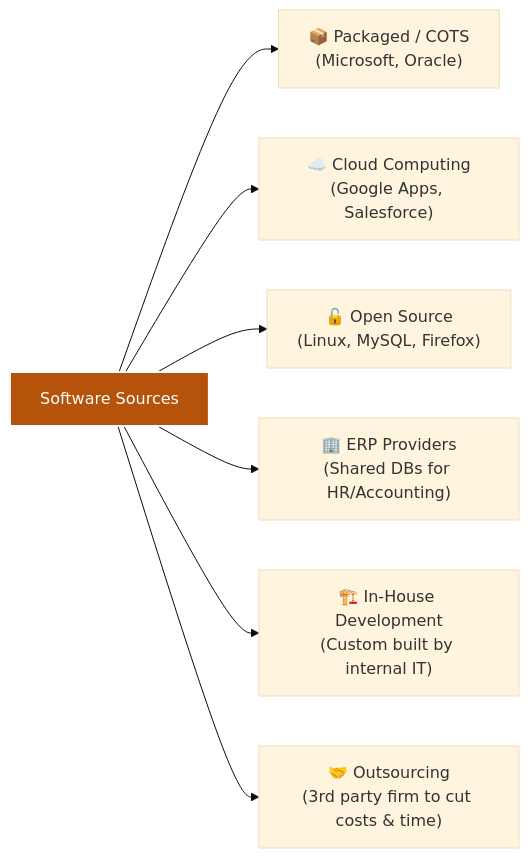
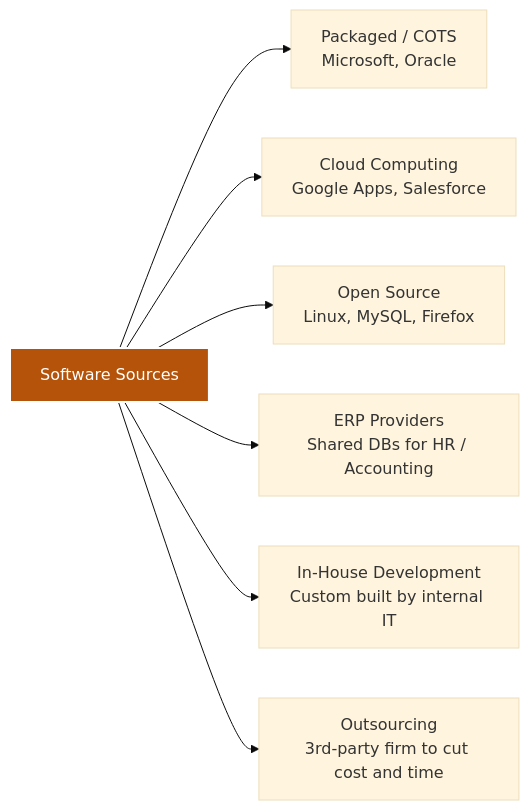
One commit to Hager-ali191/SAAD changed the eighth of 8 diagrams in Lec 1.md. Above: the diagram before and after it, drawn with Mermaid (base theme). The commit also changed other lines of this file, not shown here.

````diff
--- a/Lec 1.md
+++ b/Lec 1.md
@@ -141,11 +187,11 @@
 ```mermaid
 graph LR
     classDef src fill:#b45309,stroke:#fff,stroke-width:2px,color:#fff;
-    
-    SRC[Software Sources]:::src --> P["📦 Packaged / COTS<br/>(Microsoft, Oracle)"]
-    SRC --> C["☁️ Cloud Computing<br/>(Google Apps, Salesforce)"]
-    SRC --> O["🔓 Open Source<br/>(Linux, MySQL, Firefox)"]
-    SRC --> E["🏢 ERP Providers<br/>(Shared DBs for HR/Accounting)"]
-    SRC --> I["🏗️ In-House Development<br/>(Custom built by internal IT)"]
-    SRC --> OUT["🤝 Outsourcing<br/>(3rd party firm to cut costs & time)"]
+
+    SRC[Software Sources]:::src --> P["Packaged / COTS<br/>Microsoft, Oracle"]
+    SRC --> C["Cloud Computing<br/>Google Apps, Salesforce"]
+    SRC --> O["Open Source<br/>Linux, MySQL, Firefox"]
+    SRC --> E["ERP Providers<br/>Shared DBs for HR / Accounting"]
+    SRC --> I["In-House Development<br/>Custom built by internal IT"]
+    SRC --> OUT["Outsourcing<br/>3rd-party firm to cut cost and time"]
 ```
````
